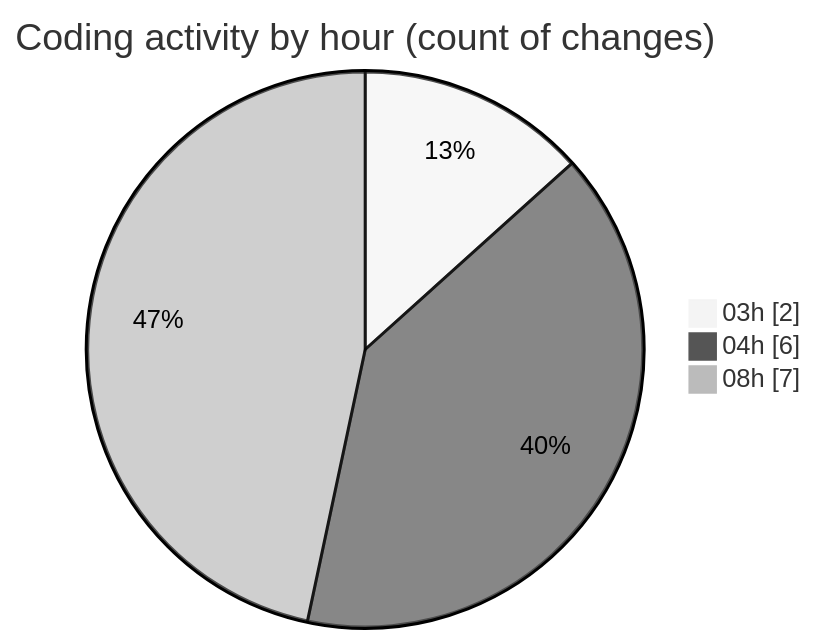
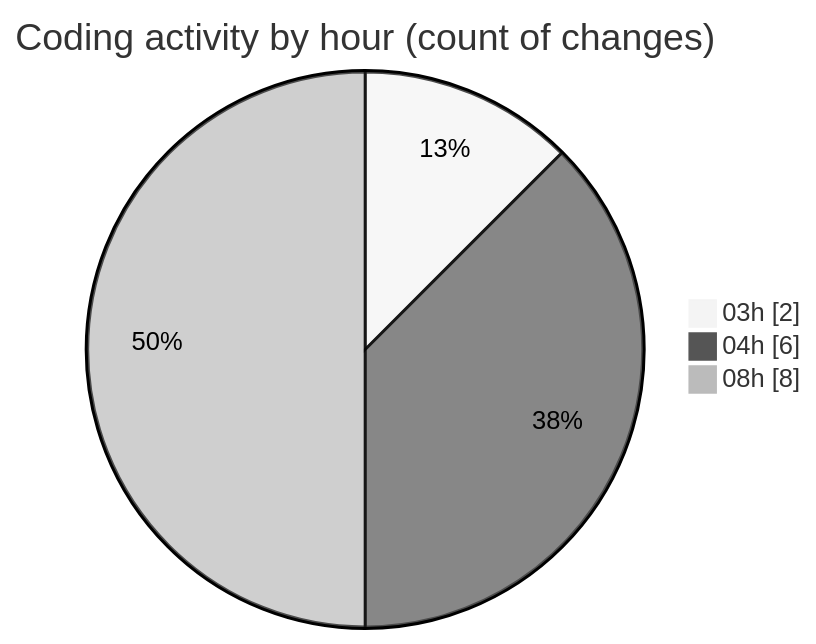
Before and after one commit to tmsrecording-cyber/code-tracking: the second of 2 diagrams in 2026-02-07/singularitybrainai/README.md, drawn with Mermaid (neutral theme). The commit also changed other lines of this file and 1 other file, not shown here.

````diff
--- a/2026-02-07/singularitybrainai/README.md
+++ b/2026-02-07/singularitybrainai/README.md
@@ -31,7 +31,7 @@
 ```mermaid
 pie showData
 title Coding activity by hour (count of changes)
 "03h" : 2
 "04h" : 6
-"08h" : 7
+"08h" : 8
 ```
````
